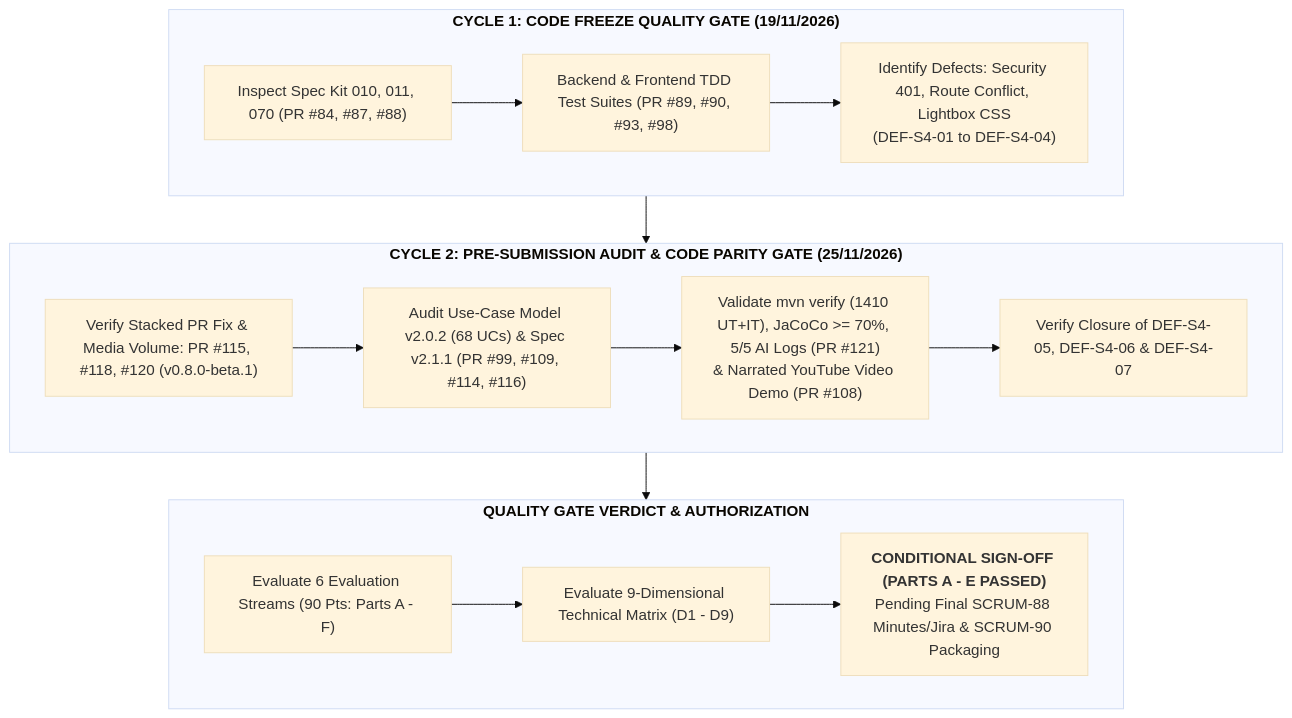
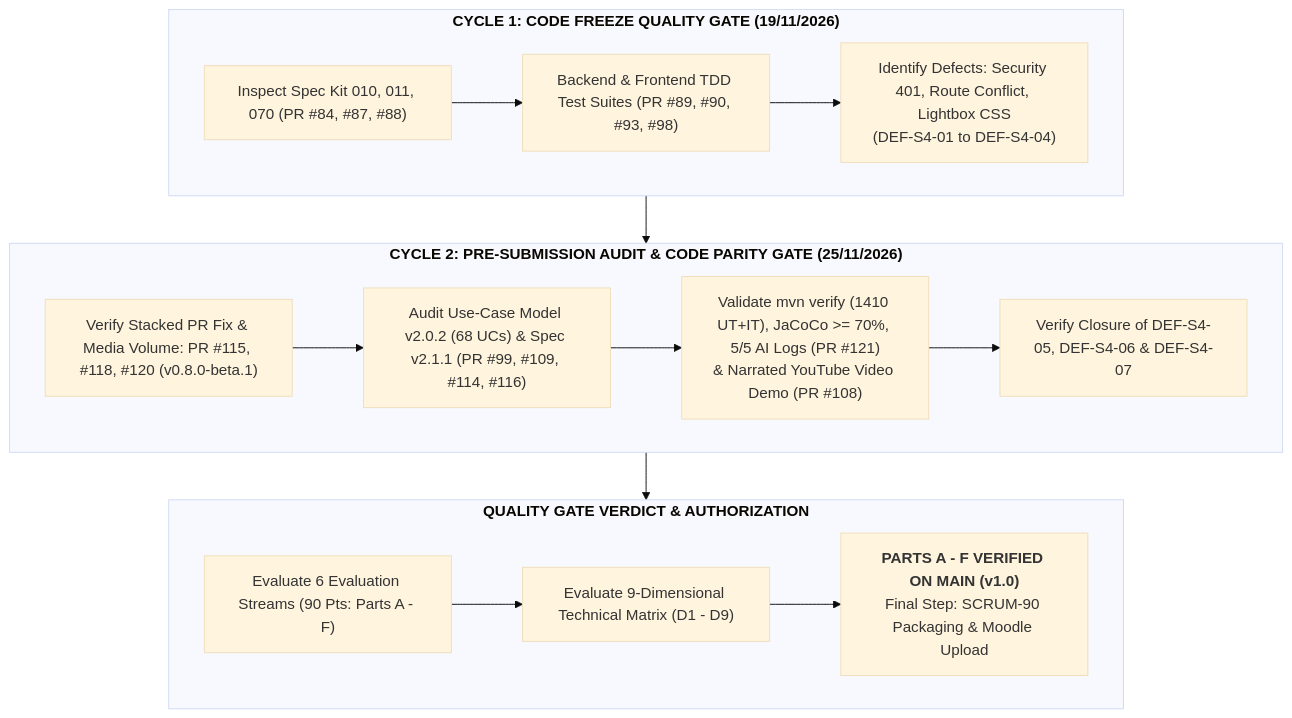
Before and after one commit to ThanhDu14/WikiCook: the diagram in docs/management/reports/sprint-04/sprint-04-report.md, drawn with Mermaid (base theme). The commit also changed other lines of this file and 6 other files, not shown here.

````diff
--- a/docs/management/reports/sprint-04/sprint-04-report.md
+++ b/docs/management/reports/sprint-04/sprint-04-report.md
@@ -504,21 +516,21 @@
 ```mermaid
 flowchart TD
     subgraph Cycle1 ["<b>CYCLE 1: CODE FREEZE QUALITY GATE (19/11/2026)</b>"]
         C1A["Inspect Spec Kit 010, 011, 070 (PR #84, #87, #88)"] --> C1B["Backend & Frontend TDD Test Suites (PR #89, #90, #93, #98)"]
         C1B --> C1C["Identify Defects: Security 401, Route Conflict, Lightbox CSS<br/>(DEF-S4-01 to DEF-S4-04)"]
     end
 
     subgraph Cycle2 ["<b>CYCLE 2: PRE-SUBMISSION AUDIT & CODE PARITY GATE (25/11/2026)</b>"]
         C2A["Verify Stacked PR Fix & Media Volume: PR #115, #118, #120 (v0.8.0-beta.1)"] --> C2B["Audit Use-Case Model v2.0.2 (68 UCs) & Spec v2.1.1 (PR #99, #109, #114, #116)"]
         C2B --> C2C["Validate mvn verify (1410 UT+IT), JaCoCo >= 70%, 5/5 AI Logs (PR #121)<br/>& Narrated YouTube Video Demo (PR #108)"]
         C2C --> C2D["Verify Closure of DEF-S4-05, DEF-S4-06 & DEF-S4-07"]
     end
 
     subgraph VerdictGate ["<b>QUALITY GATE VERDICT & AUTHORIZATION</b>"]
         V1["Evaluate 6 Evaluation Streams (90 Pts: Parts A - F)"] --> V2["Evaluate 9-Dimensional Technical Matrix (D1 - D9)"]
-        V2 --> V3["<b>CONDITIONAL SIGN-OFF (PARTS A - E PASSED)</b><br/>Pending Final SCRUM-88 Minutes/Jira & SCRUM-90 Packaging"]
+        V2 --> V3["<b>PARTS A - F VERIFIED ON MAIN (v1.0)</b><br/>Final Step: SCRUM-90 Packaging & Moodle Upload"]
     end
 
     Cycle1 --> Cycle2
     Cycle2 --> VerdictGate
 ```
````
